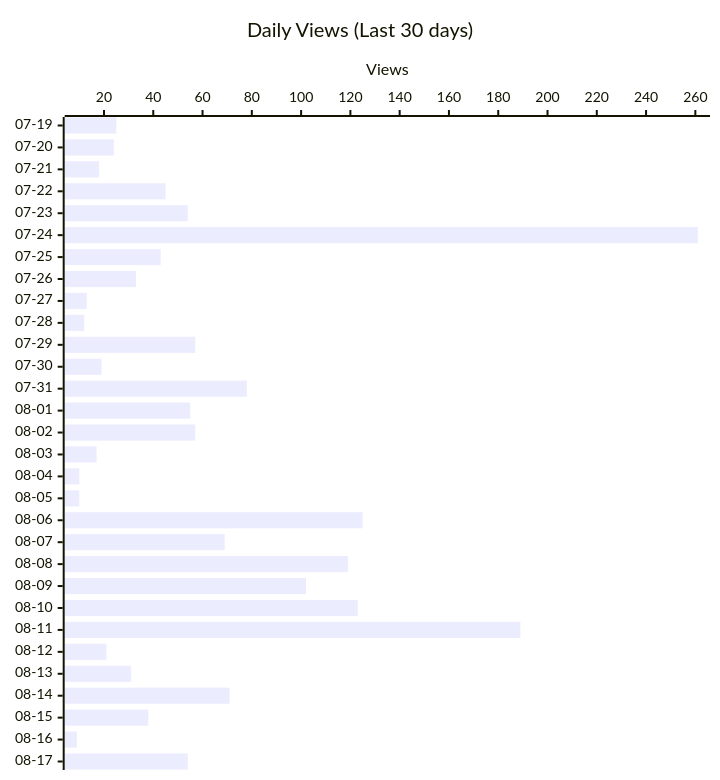
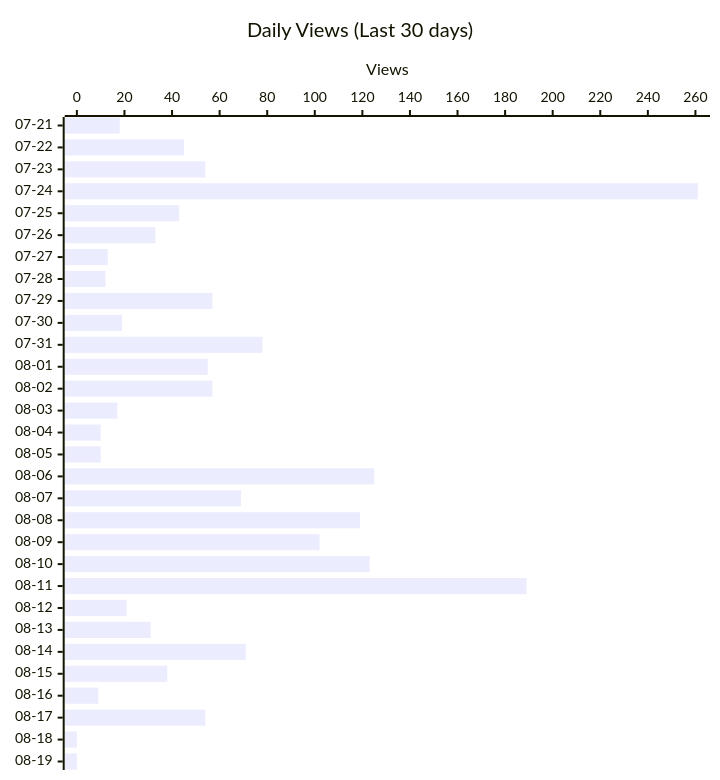
The second of 4 diagrams in README.md (shigechika/github-insights), drawn with Mermaid before and after one commit. The commit also changed other lines of this file and 2 other files, not shown here.

````diff
--- a/README.md
+++ b/README.md
@@ -28,12 +28,12 @@
 ```mermaid
 ---
 config:
   xyChart:
     height: 760
 ---
 xychart-beta horizontal
     title "Daily Views (Last 30 days)"
-    x-axis ["07-19", "07-20", "07-21", "07-22", "07-23", "07-24", "07-25", "07-26", "07-27", "07-28", "07-29", "07-30", "07-31", "08-01", "08-02", "08-03", "08-04", "08-05", "08-06", "08-07", "08-08", "08-09", "08-10", "08-11", "08-12", "08-13", "08-14", "08-15", "08-16", "08-17"]
+    x-axis ["07-21", "07-22", "07-23", "07-24", "07-25", "07-26", "07-27", "07-28", "07-29", "07-30", "07-31", "08-01", "08-02", "08-03", "08-04", "08-05", "08-06", "08-07", "08-08", "08-09", "08-10", "08-11", "08-12", "08-13", "08-14", "08-15", "08-16", "08-17", "08-18", "08-19"]
     y-axis "Views"
-    bar [25, 24, 18, 45, 54, 261, 43, 33, 13, 12, 57, 19, 78, 55, 57, 17, 10, 10, 125, 69, 119, 102, 123, 189, 21, 31, 71, 38, 9, 54]
+    bar [18, 45, 54, 261, 43, 33, 13, 12, 57, 19, 78, 55, 57, 17, 10, 10, 125, 69, 119, 102, 123, 189, 21, 31, 71, 38, 9, 54, 0, 0]
 ```
````
